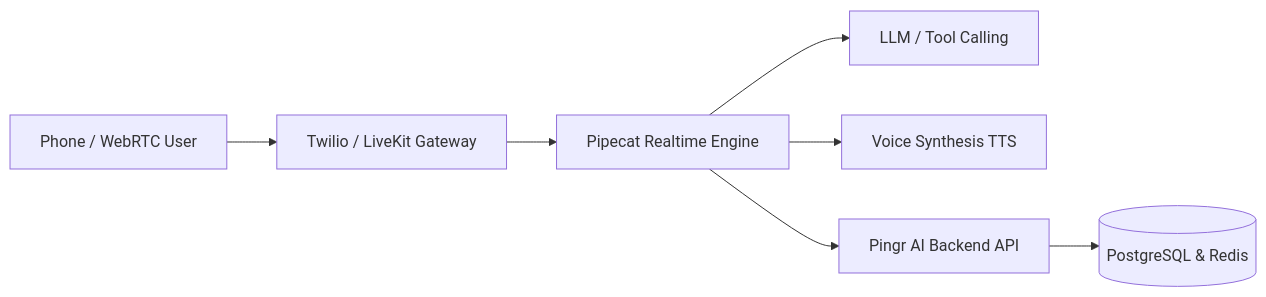
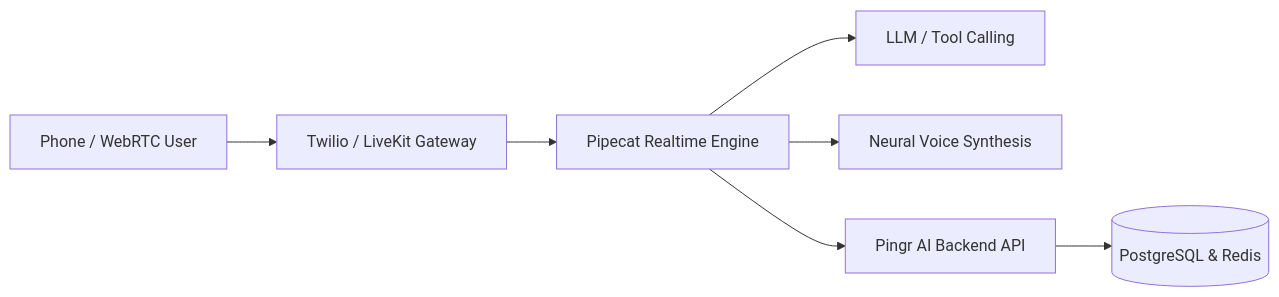
One commit to Roadmast/Zeply_Docs changed the diagram in introduction.mdx. Above: the diagram before and after it, drawn with Mermaid. The commit also changed other lines of this file and 26 other files, not shown here.

````diff
--- a/introduction.mdx
+++ b/introduction.mdx
@@ -27,9 +62,9 @@
 ```mermaid
 graph LR
-    User[Phone / WebRTC User] --> Twilio[Twilio / LiveKit Gateway]
-    Twilio --> Pipecat[Pipecat Realtime Engine]
+    User[Phone / WebRTC User] --> Gateway[Twilio / LiveKit Gateway]
+    Gateway --> Pipecat[Pipecat Realtime Engine]
     Pipecat --> LLM[LLM / Tool Calling]
-    Pipecat --> TTS[Voice Synthesis TTS]
+    Pipecat --> TTS[Neural Voice Synthesis]
     Pipecat --> PingrCore[Pingr AI Backend API]
     PingrCore --> DB[(PostgreSQL & Redis)]
 ```
````
